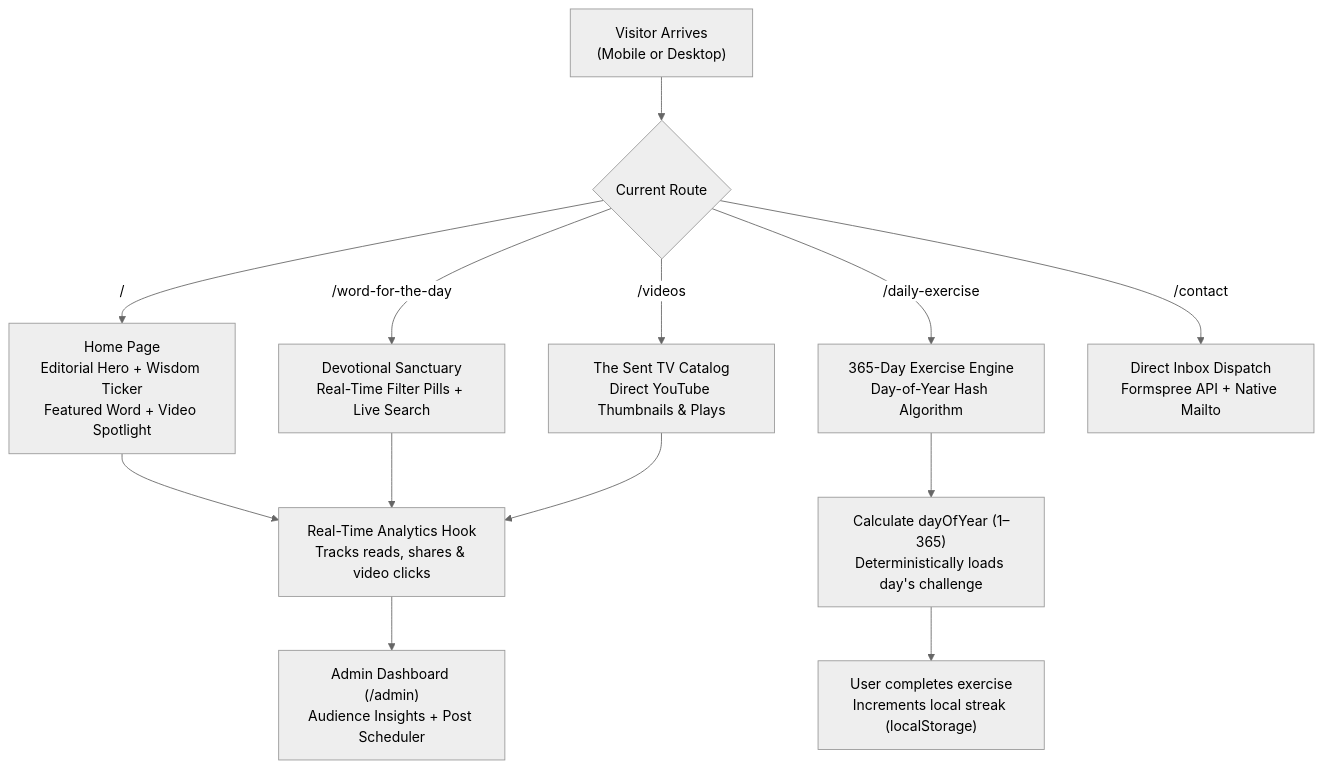
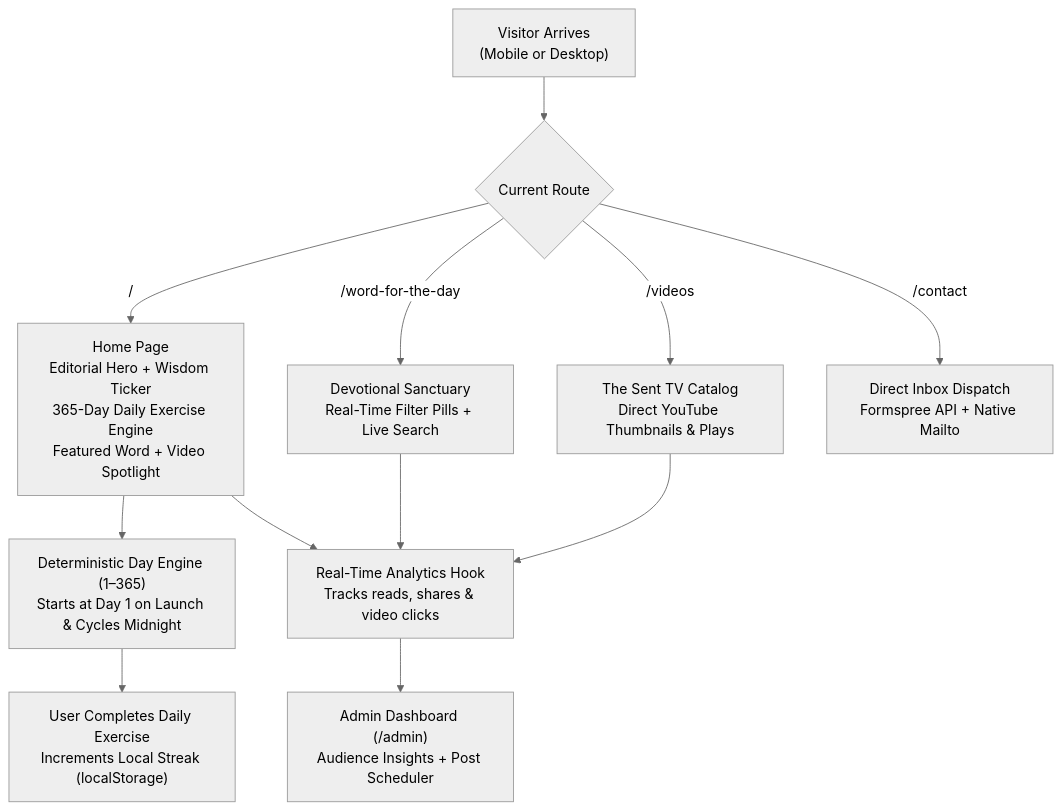
Before and after one commit to Peaceyy28/Graced-Relationship-Recipe: the diagram in README.md, drawn with Mermaid (neutral theme). The commit also changed other lines of this file and 7 other files, not shown here.

Commit message:
refactor: embed 365 daily exercises on home and anchor launch date to day 1

````diff
--- a/README.md
+++ b/README.md
@@ -39,16 +39,15 @@
 ```mermaid
 flowchart TD
     A["Visitor Arrives<br/>(Mobile or Desktop)"] --> B{"Current Route"}
     
-    B -->|"/"| C["Home Page<br/>Editorial Hero + Wisdom Ticker<br/>Featured Word + Video Spotlight"]
+    B -->|"/"| C["Home Page<br/>Editorial Hero + Wisdom Ticker<br/>365-Day Daily Exercise Engine<br/>Featured Word + Video Spotlight"]
     B -->|"/word-for-the-day"| D["Devotional Sanctuary<br/>Real-Time Filter Pills + Live Search"]
-    B -->|"/daily-exercise"| E["365-Day Exercise Engine<br/>Day-of-Year Hash Algorithm"]
     B -->|"/videos"| F["The Sent TV Catalog<br/>Direct YouTube Thumbnails & Plays"]
     B -->|"/contact"| G["Direct Inbox Dispatch<br/>Formspree API + Native Mailto"]
     
-    E --> H["Calculate dayOfYear (1–365)<br/>Deterministically loads day's challenge"]
-    H --> I["User completes exercise<br/>Increments local streak (localStorage)"]
+    C --> H["Deterministic Day Engine (1–365)<br/>Starts at Day 1 on Launch & Cycles Midnight"]
+    H --> I["User Completes Daily Exercise<br/>Increments Local Streak (localStorage)"]
     
     C & D & F --> J["Real-Time Analytics Hook<br/>Tracks reads, shares & video clicks"]
     J --> K["Admin Dashboard (/admin)<br/>Audience Insights + Post Scheduler"]
 ```
````
